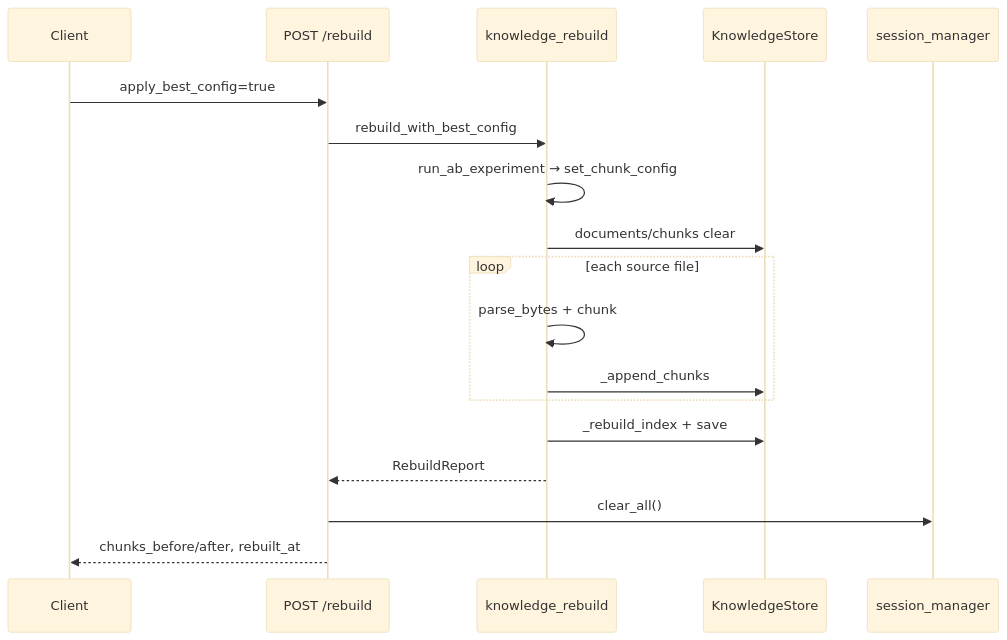
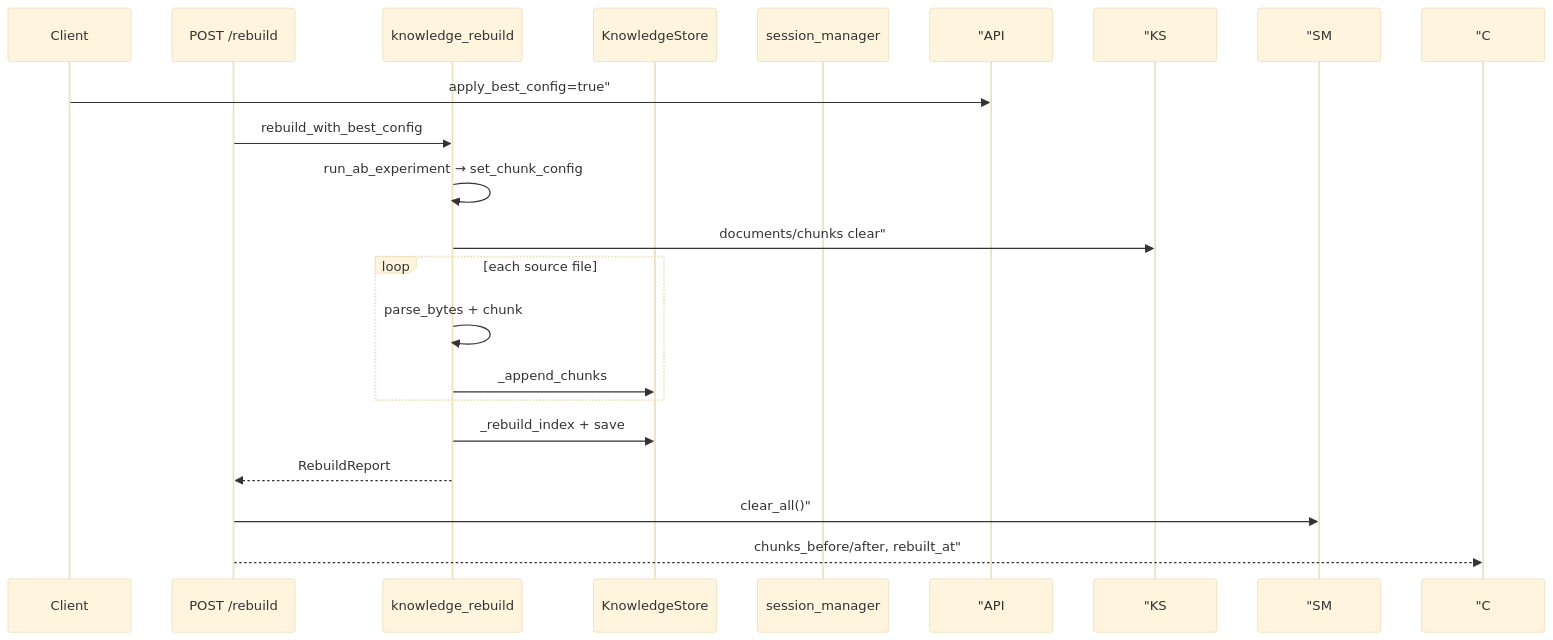
Before and after one commit to ab6539763/70_days_course_plus: the first of 2 diagrams in course/day28/04_流程图与示意图.md, drawn with Mermaid (base theme). The commit also changed 128 other files, not shown here.

First line of the commit message:
fix(course): repair day31-37 diagrams, titles, and missing content

````diff
--- a/course/day28/04_流程图与示意图.md
+++ b/course/day28/04_流程图与示意图.md
@@ -5,21 +5,21 @@
 ```mermaid
 sequenceDiagram
     participant C as Client
     participant API as POST /rebuild
     participant KR as knowledge_rebuild
     participant KS as KnowledgeStore
     participant SM as session_manager
 
-    C->>API: apply_best_config=true
+    C->> "API: apply_best_config=true"
     API->>KR: rebuild_with_best_config
     KR->>KR: run_ab_experiment → set_chunk_config
-    KR->>KS: documents/chunks clear
+    KR->> "KS: documents/chunks clear"
     loop each source file
         KR->>KR: parse_bytes + chunk
         KR->>KS: _append_chunks
     end
     KR->>KS: _rebuild_index + save
     KR-->>API: RebuildReport
-    API->>SM: clear_all()
-    API-->>C: chunks_before/after, rebuilt_at
+    API->> "SM: clear_all()"
+    API-->> "C: chunks_before/after, rebuilt_at"
 ```
````
